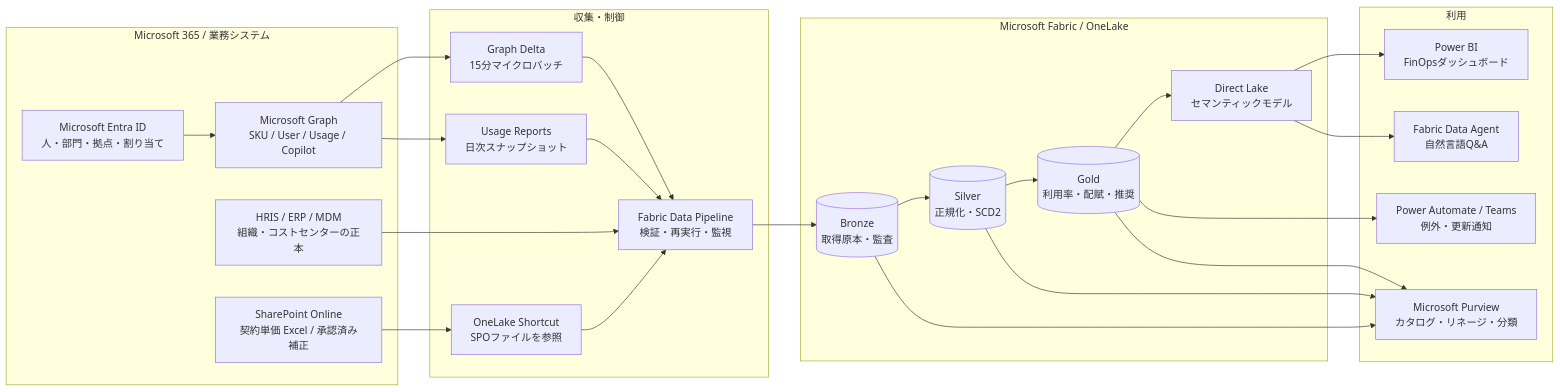
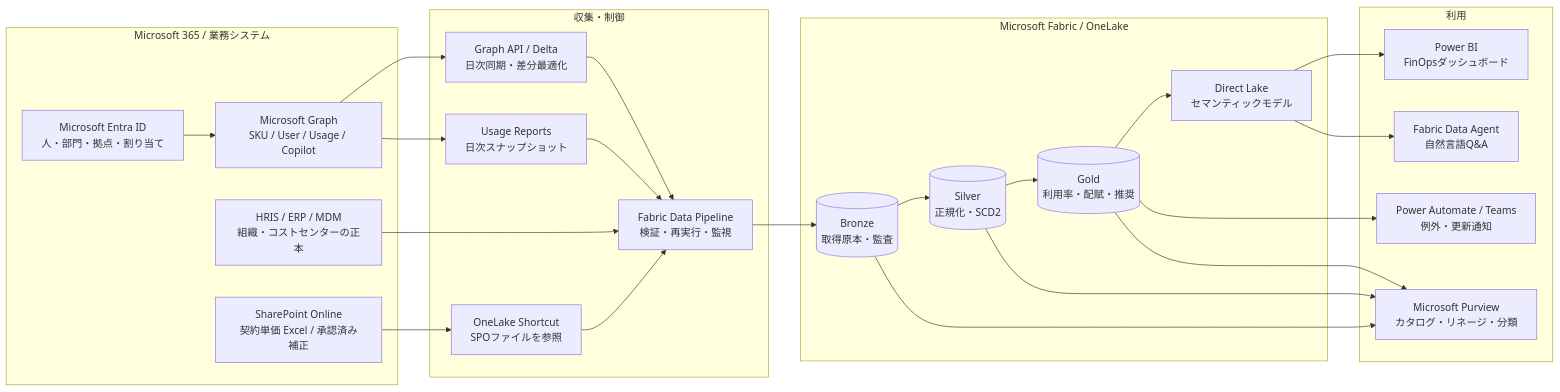
The diagram in README.md (pcmn1000/m365-license-finops-reference), drawn with Mermaid before and after one commit. The commit also changed other lines of this file and 7 other files, not shown here.

````diff
--- a/README.md
+++ b/README.md
@@ -23,43 +23,43 @@
 ```mermaid
 flowchart LR
     subgraph M365["Microsoft 365 / 業務システム"]
         ENTRA["Microsoft Entra ID<br/>人・部門・拠点・割り当て"]
         GRAPH["Microsoft Graph<br/>SKU / User / Usage / Copilot"]
         HR["HRIS / ERP / MDM<br/>組織・コストセンターの正本"]
         SPO["SharePoint Online<br/>契約単価 Excel / 承認済み補正"]
     end
 
     subgraph INGEST["収集・制御"]
-        DELTA["Graph Delta<br/>15分マイクロバッチ"]
+        DELTA["Graph API / Delta<br/>日次同期・差分最適化"]
         DAILY["Usage Reports<br/>日次スナップショット"]
         SHORTCUT["OneLake Shortcut<br/>SPOファイルを参照"]
         PIPE["Fabric Data Pipeline<br/>検証・再実行・監視"]
     end
 
     subgraph FABRIC["Microsoft Fabric / OneLake"]
         BRONZE[("Bronze<br/>取得原本・監査")]
         SILVER[("Silver<br/>正規化・SCD2")]
         GOLD[("Gold<br/>利用率・配賦・推奨")]
         MODEL["Direct Lake<br/>セマンティックモデル"]
     end
 
     subgraph CONSUME["利用"]
         PBI["Power BI<br/>FinOpsダッシュボード"]
         AGENT["Fabric Data Agent<br/>自然言語Q&A"]
         ALERT["Power Automate / Teams<br/>例外・更新通知"]
         PURVIEW["Microsoft Purview<br/>カタログ・リネージ・分類"]
     end
 
     ENTRA --> GRAPH
     GRAPH --> DELTA --> PIPE
     GRAPH --> DAILY --> PIPE
     HR --> PIPE
     SPO --> SHORTCUT --> PIPE
     PIPE --> BRONZE --> SILVER --> GOLD --> MODEL
     MODEL --> PBI
     MODEL --> AGENT
     GOLD --> ALERT
     BRONZE --> PURVIEW
     SILVER --> PURVIEW
     GOLD --> PURVIEW
 ```
````
